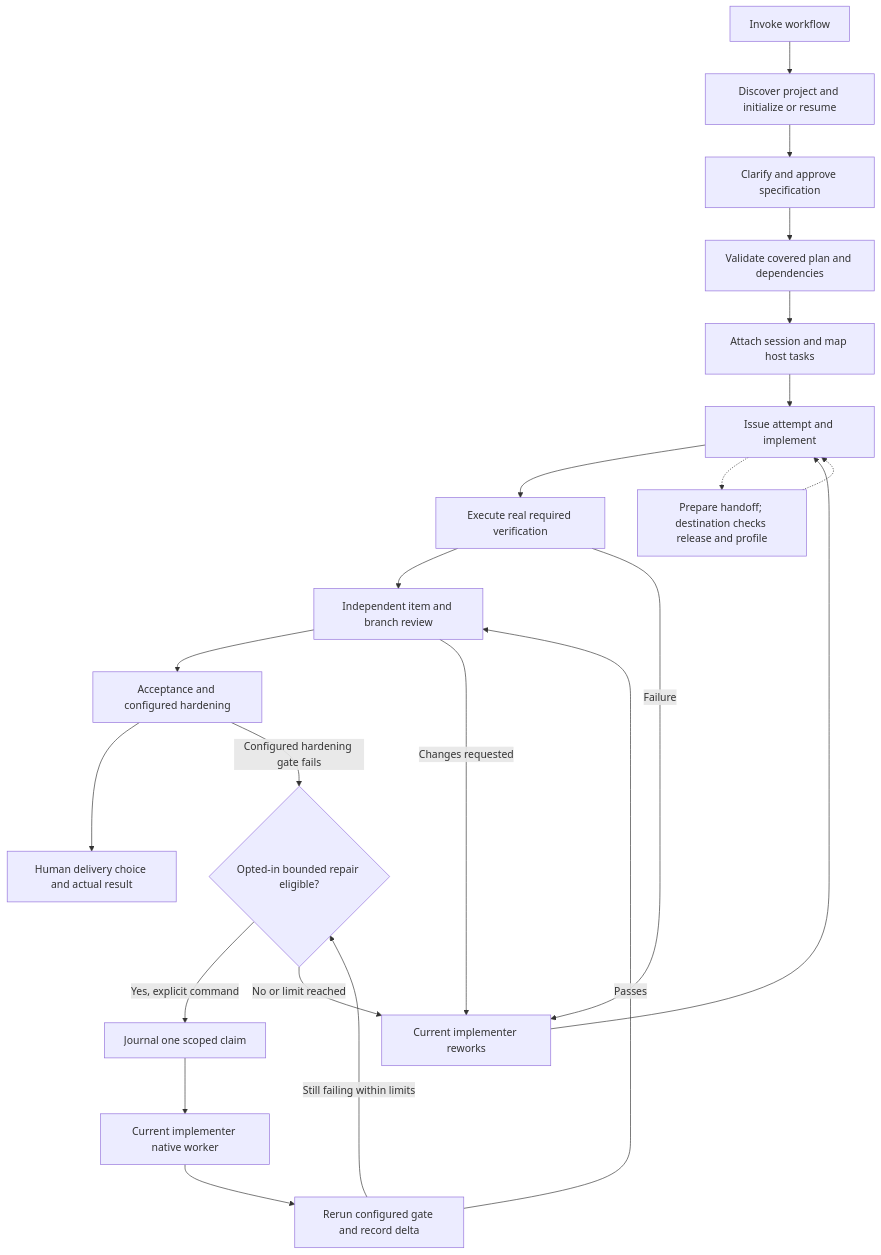
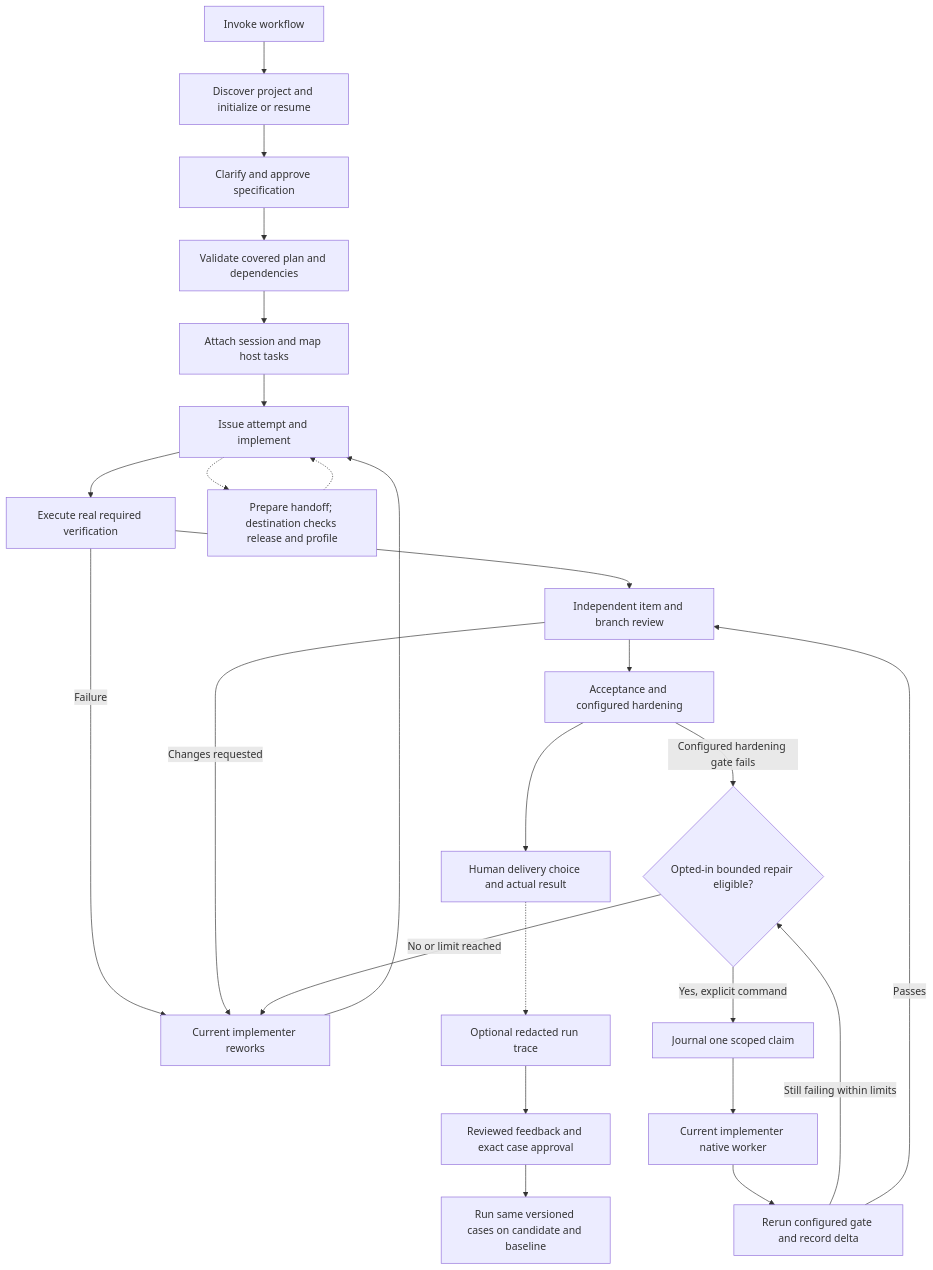
Before and after one commit to wgentil/devflow: the diagram in docs/setup-and-usage.md, drawn with Mermaid. The commit also changed other lines of this file and 19 other files, not shown here.

Commit message:
feat: review run-derived cases and compare workflow candidates

````diff
--- a/docs/setup-and-usage.md
+++ b/docs/setup-and-usage.md
@@ -42,24 +42,27 @@
 ```mermaid
 flowchart TD
     Invoke[Invoke workflow] --> Init[Discover project and initialize or resume]
     Init --> Spec[Clarify and approve specification]
     Spec --> Plan[Validate covered plan and dependencies]
     Plan --> Attach[Attach session and map host tasks]
     Attach --> Work[Issue attempt and implement]
     Work --> Proof[Execute real required verification]
     Proof --> Review[Independent item and branch review]
     Review --> Accept[Acceptance and configured hardening]
     Accept --> Deliver[Human delivery choice and actual result]
     Proof -->|Failure| Fix[Current implementer reworks]
     Review -->|Changes requested| Fix
     Accept -->|Configured hardening gate fails| Repair{Opted-in bounded repair eligible?}
     Repair -->|Yes, explicit command| Claim[Journal one scoped claim]
     Claim --> Worker[Current implementer native worker]
     Worker --> Recheck[Rerun configured gate and record delta]
     Recheck -->|Still failing within limits| Repair
     Recheck -->|Passes| Review
     Repair -->|No or limit reached| Fix
     Fix --> Work
     Work -.-> Transfer[Prepare handoff; destination checks release and profile]
     Transfer -.-> Work
+    Deliver -.-> Trace[Optional redacted run trace]
+    Trace --> Feedback[Reviewed feedback and exact case approval]
+    Feedback --> Eval[Run same versioned cases on candidate and baseline]
 ```
````
